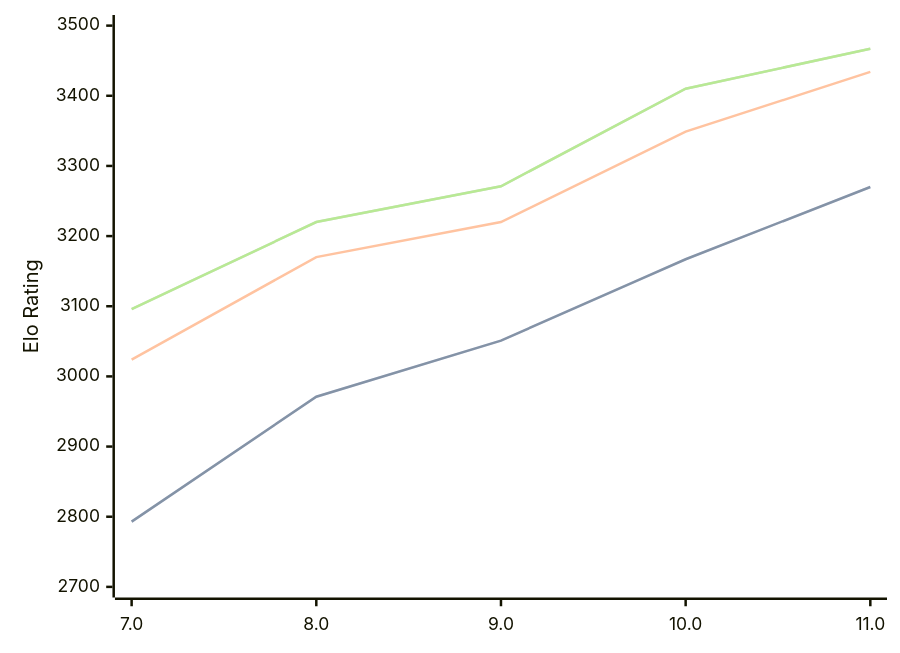
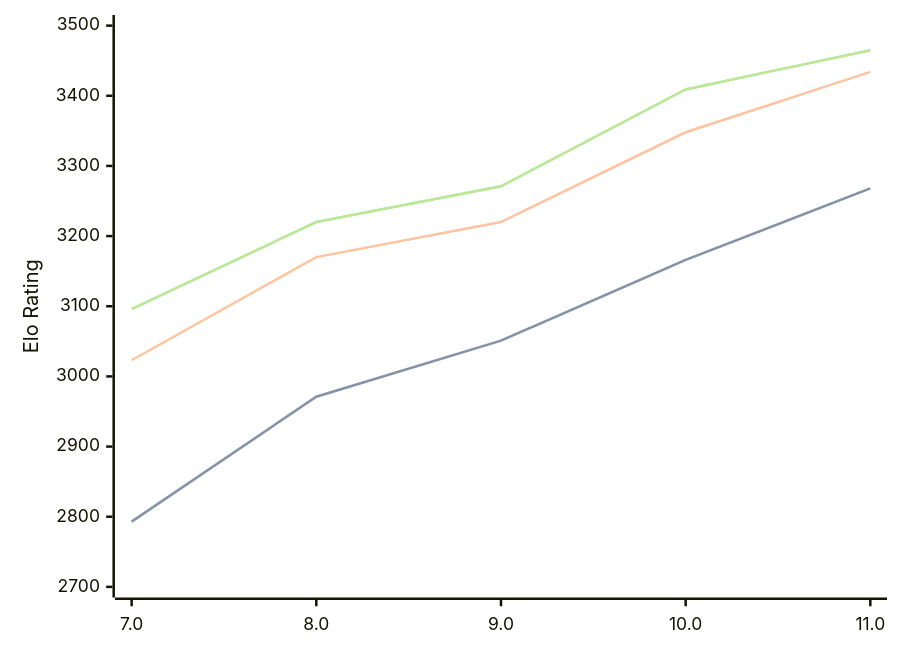
One commit to computer-chess-index/cci changed the diagram in engines/Tcheran.md. Above: the diagram before and after it, drawn with Mermaid. The commit also changed other lines of this file, not shown here.

Commit message:
Update CCI Ratings (ELO VLTC) - 2026-03-22

````diff
--- a/engines/Tcheran.md
+++ b/engines/Tcheran.md
@@ -49,11 +49,11 @@
 ```mermaid
 %%{init: {"theme":"base","themeVariables":{"seriesColors:['#a3a3a3','#222221','#faa371']}}}%%
 xychart-beta
   x-axis ["7.0", "8.0", "9.0", "10.0", "11.0"]
   y-axis "Elo Rating" 2700 --> 3500
-  line "STC (8.0+0.08s)" [2793, 2971, 3051, 3167, 3270]
-  line "STC (8.0+0.08s)" [2793, 2971, 3051, 3167, 3270]
-  line "LTC (60.0+0.60s)" [3024, 3170, 3220, 3349, 3434]
-  line "VLTC (2m24s+1.12s)" [3096, 3220, 3271, 3410, 3467]
-  line "VLTC (2m24s+1.12s)" [3096, 3220, 3271, 3410, 3467]
+  line "STC (8.0+0.08s)" [2793, 2971, 3051, 3166, 3268]
+  line "STC (8.0+0.08s)" [2793, 2971, 3051, 3166, 3268]
+  line "LTC (60.0+0.60s)" [3023, 3170, 3220, 3348, 3434]
+  line "VLTC (2m24s+1.12s)" [3096, 3220, 3271, 3409, 3465]
+  line "VLTC (2m24s+1.12s)" [3096, 3220, 3271, 3409, 3465]
 ```
````
